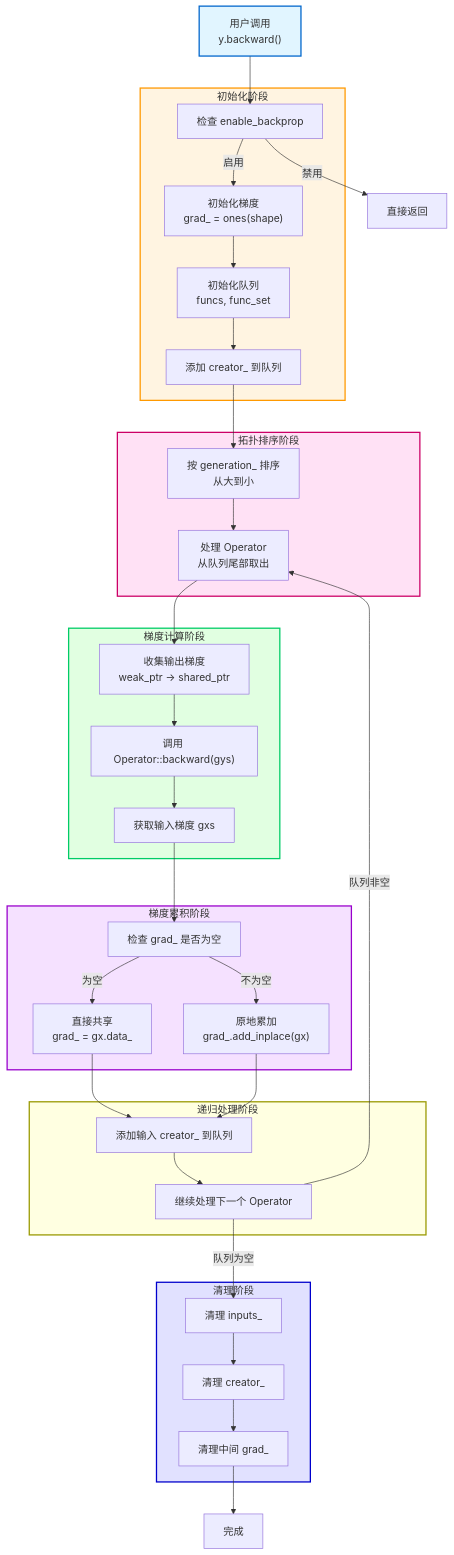
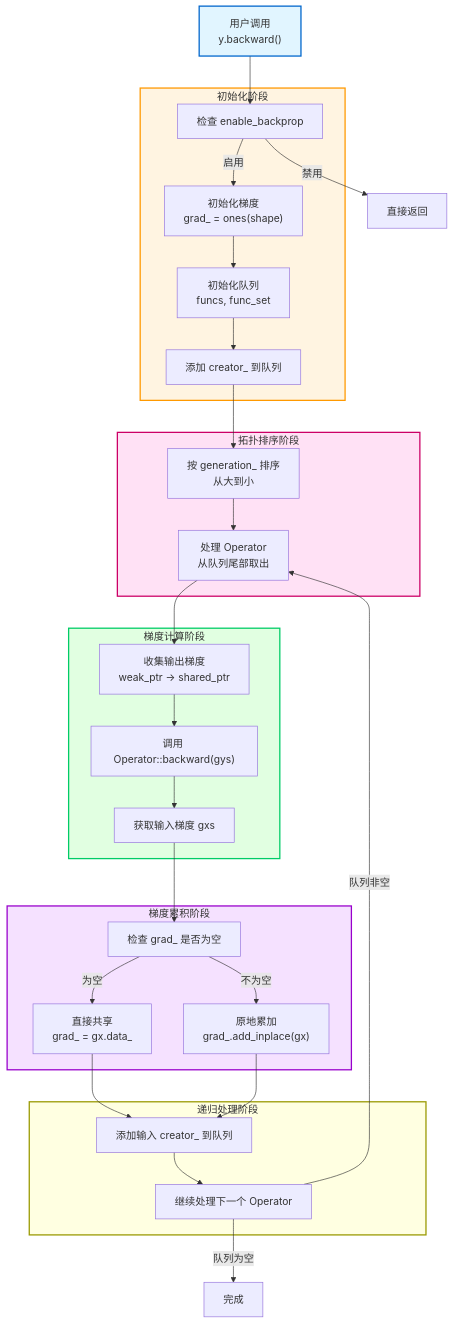
Before and after one commit to jinbooooom/OriginDL: diagram 19 of 47 in docs/design/architecture.md, drawn with Mermaid. The commit also changed other lines of this file, not shown here.

Commit message:
doc(design): refactor architecture documentation chapters 3，4，6, 7 and 10

````diff
--- a/docs/design/architecture.md
+++ b/docs/design/architecture.md
@@ -1054,69 +1169,59 @@
 ```mermaid
 flowchart TD
     Start["用户调用<br/>y.backward()"]
     
     subgraph Init["初始化阶段"]
         Check["检查 enable_backprop"]
         InitGrad["初始化梯度<br/>grad_ = ones(shape)"]
         InitQueue["初始化队列<br/>funcs, func_set"]
         AddCreator["添加 creator_ 到队列"]
     end
     
     subgraph TopoSort["拓扑排序阶段"]
         Sort["按 generation_ 排序<br/>从大到小"]
         Process["处理 Operator<br/>从队列尾部取出"]
     end
     
     subgraph GradCalc["梯度计算阶段"]
         CollectGrad["收集输出梯度<br/>weak_ptr → shared_ptr"]
         CallBackward["调用 Operator::backward(gys)"]
         GetInputGrad["获取输入梯度 gxs"]
     end
     
     subgraph Accumulate["梯度累积阶段"]
         CheckGrad["检查 grad_ 是否为空"]
         DirectShare["直接共享<br/>grad_ = gx.data_"]
         InplaceAdd["原地累加<br/>grad_.add_inplace(gx)"]
     end
     
     subgraph Recursive["递归处理阶段"]
         AddInputCreator["添加输入 creator_ 到队列"]
         Continue["继续处理下一个 Operator"]
     end
     
-    subgraph Cleanup["清理阶段"]
-        ClearInputs["清理 inputs_"]
-        ClearCreator["清理 creator_"]
-        ClearGrad["清理中间 grad_"]
-    end
-    
     Start --> Check
     Check -->|启用| InitGrad
     Check -->|禁用| End1["直接返回"]
     InitGrad --> InitQueue
     InitQueue --> AddCreator
     AddCreator --> Sort
     Sort --> Process
     Process --> CollectGrad
     CollectGrad --> CallBackward
     CallBackward --> GetInputGrad
     GetInputGrad --> CheckGrad
     CheckGrad -->|为空| DirectShare
     CheckGrad -->|不为空| InplaceAdd
     DirectShare --> AddInputCreator
     InplaceAdd --> AddInputCreator
     AddInputCreator --> Continue
     Continue -->|队列非空| Process
-    Continue -->|队列为空| ClearInputs
-    ClearInputs --> ClearCreator
-    ClearCreator --> ClearGrad
-    ClearGrad --> End2["完成"]
+    Continue -->|队列为空| End2["完成"]
     
     style Start fill:#e1f5ff,stroke:#0066cc,stroke-width:2px
     style Init fill:#fff4e1,stroke:#ff9900,stroke-width:2px
     style TopoSort fill:#ffe1f5,stroke:#cc0066,stroke-width:2px
     style GradCalc fill:#e1ffe1,stroke:#00cc66,stroke-width:2px
     style Accumulate fill:#f5e1ff,stroke:#9900cc,stroke-width:2px
     style Recursive fill:#ffffe1,stroke:#999900,stroke-width:2px
-    style Cleanup fill:#e1e1ff,stroke:#0000cc,stroke-width:2px
 ```
````
